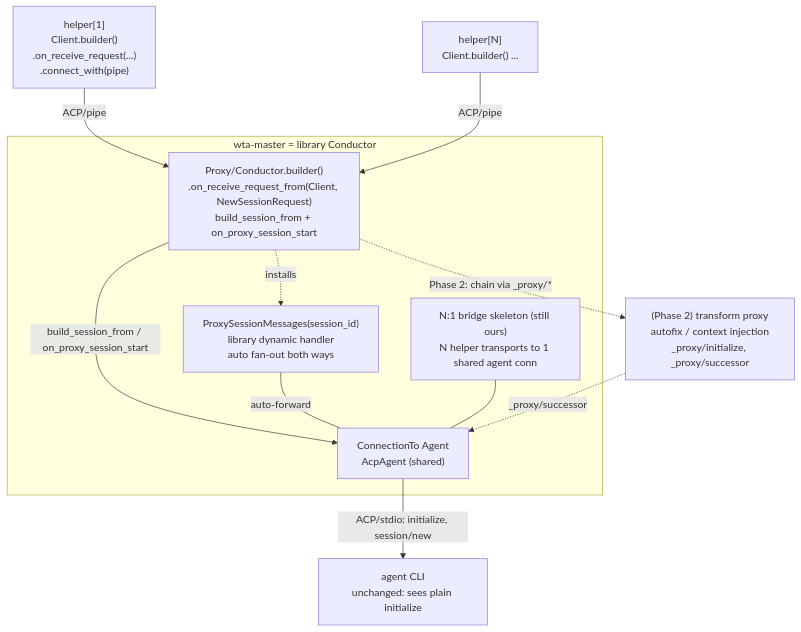
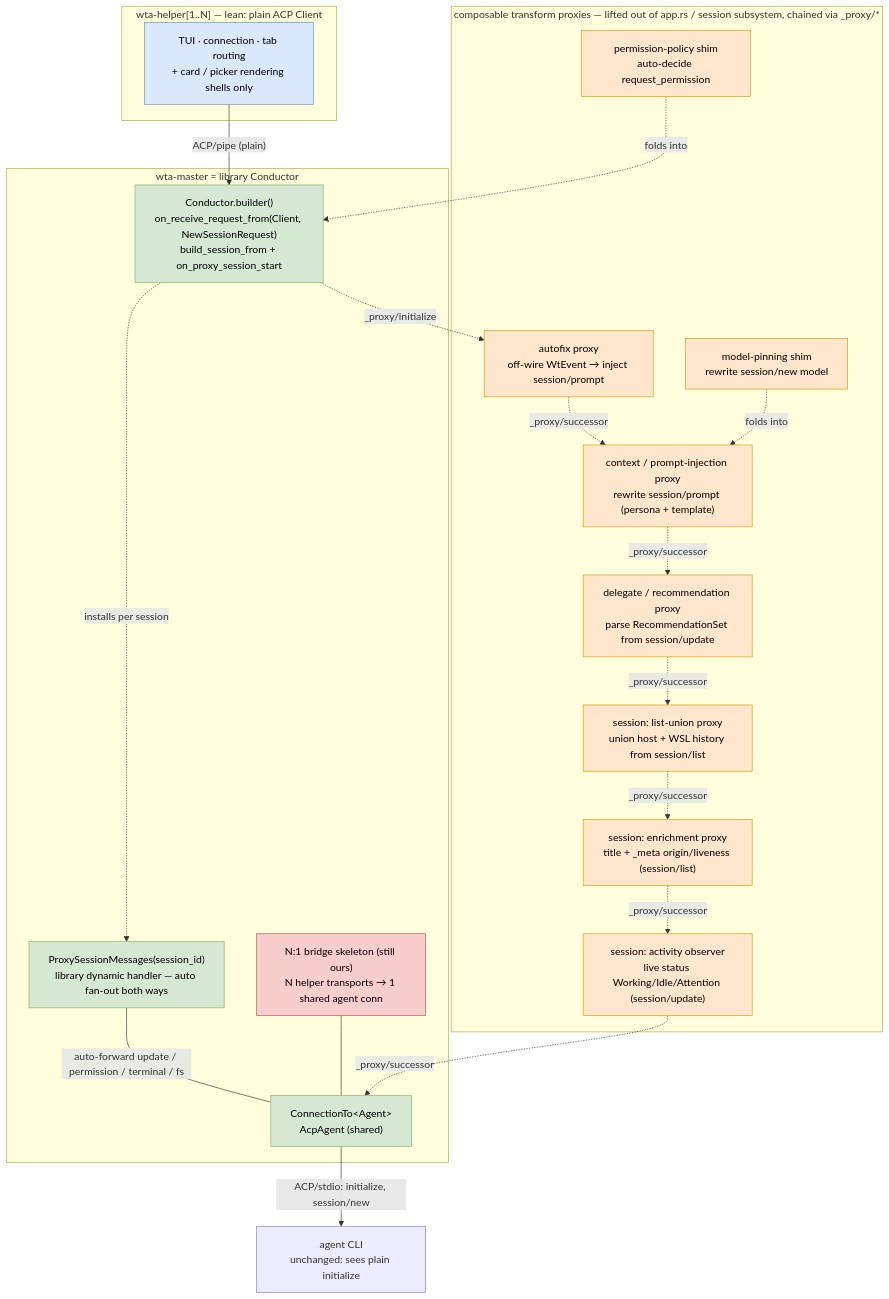
Before and after one commit to microsoft/intelligent-terminal: the second of 5 diagrams in doc/specs/acp-1.0-conductor-migration.md, drawn with Mermaid. The commit also changed other lines of this file, not shown here.

First line of the commit message:
docs(spec): refine conductor-migration diagrams and merge redundant Phase 2 tables

````diff
--- a/doc/specs/acp-1.0-conductor-migration.md
+++ b/doc/specs/acp-1.0-conductor-migration.md
@@ -121,25 +188,50 @@
 ```mermaid
 flowchart TB
-    H1["helper[1]<br/>Client.builder()<br/>.on_receive_request(...)<br/>.connect_with(pipe)"]
-    Hn["helper[N]<br/>Client.builder() ..."]
+    subgraph helper["wta-helper[1..N] — lean: plain ACP Client"]
+        PLUMB["TUI · connection · tab routing<br/>+ card / picker rendering shells only"]
+    end
 
     subgraph master["wta-master = library Conductor"]
-        CB["Proxy/Conductor.builder()<br/>.on_receive_request_from(Client, NewSessionRequest)<br/>build_session_from + on_proxy_session_start"]
-        PSM["ProxySessionMessages(session_id)<br/>library dynamic handler<br/>auto fan-out both ways"]
-        BR["N:1 bridge skeleton (still ours)<br/>N helper transports to 1 shared agent conn"]
-        AC["ConnectionTo Agent<br/>AcpAgent (shared)"]
+        CB["Conductor.builder()<br/>on_receive_request_from(Client, NewSessionRequest)<br/>build_session_from + on_proxy_session_start"]
+        PSM["ProxySessionMessages(session_id)<br/>library dynamic handler — auto fan-out both ways"]
+        BR["N:1 bridge skeleton (still ours)<br/>N helper transports → 1 shared agent conn"]
+        AC["ConnectionTo&lt;Agent&gt;<br/>AcpAgent (shared)"]
     end
 
-    AX["(Phase 2) transform proxy<br/>autofix / context injection<br/>_proxy/initialize, _proxy/successor"]
+    subgraph proxies["composable transform proxies — lifted out of app.rs / session subsystem, chained via _proxy/*"]
+        AFX["autofix proxy<br/>off-wire WtEvent → inject session/prompt"]
+        CTX["context / prompt-injection proxy<br/>rewrite session/prompt (persona + template)"]
+        REC["delegate / recommendation proxy<br/>parse RecommendationSet from session/update"]
+        SLU["session: list-union proxy<br/>union host + WSL history from session/list"]
+        SLE["session: enrichment proxy<br/>title + _meta origin/liveness (session/list)"]
+        SLA["session: activity observer<br/>live status Working/Idle/Attention (session/update)"]
+        MOD["model-pinning shim<br/>rewrite session/new model"]
+        PERM["permission-policy shim<br/>auto-decide request_permission"]
+    end
+
     CLI["agent CLI<br/>unchanged: sees plain initialize"]
 
-    H1 -->|"ACP/pipe"| CB
-    Hn -->|"ACP/pipe"| CB
-    CB -->|"build_session_from / on_proxy_session_start"| AC
-    CB -.->|"installs"| PSM
-    PSM ---|"auto-forward"| AC
+    PLUMB -->|"ACP/pipe (plain)"| CB
+    CB -.->|"installs per session"| PSM
+    PSM ---|"auto-forward update / permission / terminal / fs"| AC
     BR --- AC
+    CB -.->|"_proxy/initialize"| AFX
+    AFX -.->|"_proxy/successor"| CTX
+    CTX -.->|"_proxy/successor"| REC
+    REC -.->|"_proxy/successor"| SLU
+    SLU -.->|"_proxy/successor"| SLE
+    SLE -.->|"_proxy/successor"| SLA
+    SLA -.->|"_proxy/successor"| AC
     AC -->|"ACP/stdio: initialize, session/new"| CLI
-    CB -.->|"Phase 2: chain via _proxy/*"| AX
-    AX -.->|"_proxy/successor"| AC
+    MOD -.->|"folds into"| CTX
+    PERM -.->|"folds into"| CB
+
+    classDef proxyable fill:#ffe6cc,stroke:#d79b00,color:#000;
+    classDef plumbing fill:#dae8fc,stroke:#6c8ebf,color:#000;
+    classDef library fill:#d5e8d4,stroke:#82b366,color:#000;
+    classDef handrolled fill:#f8cecc,stroke:#b85450,color:#000;
+    class AFX,CTX,REC,SLU,SLE,SLA,MOD,PERM proxyable;
+    class PLUMB plumbing;
+    class CB,PSM,AC library;
+    class BR handrolled;
 ```
````
